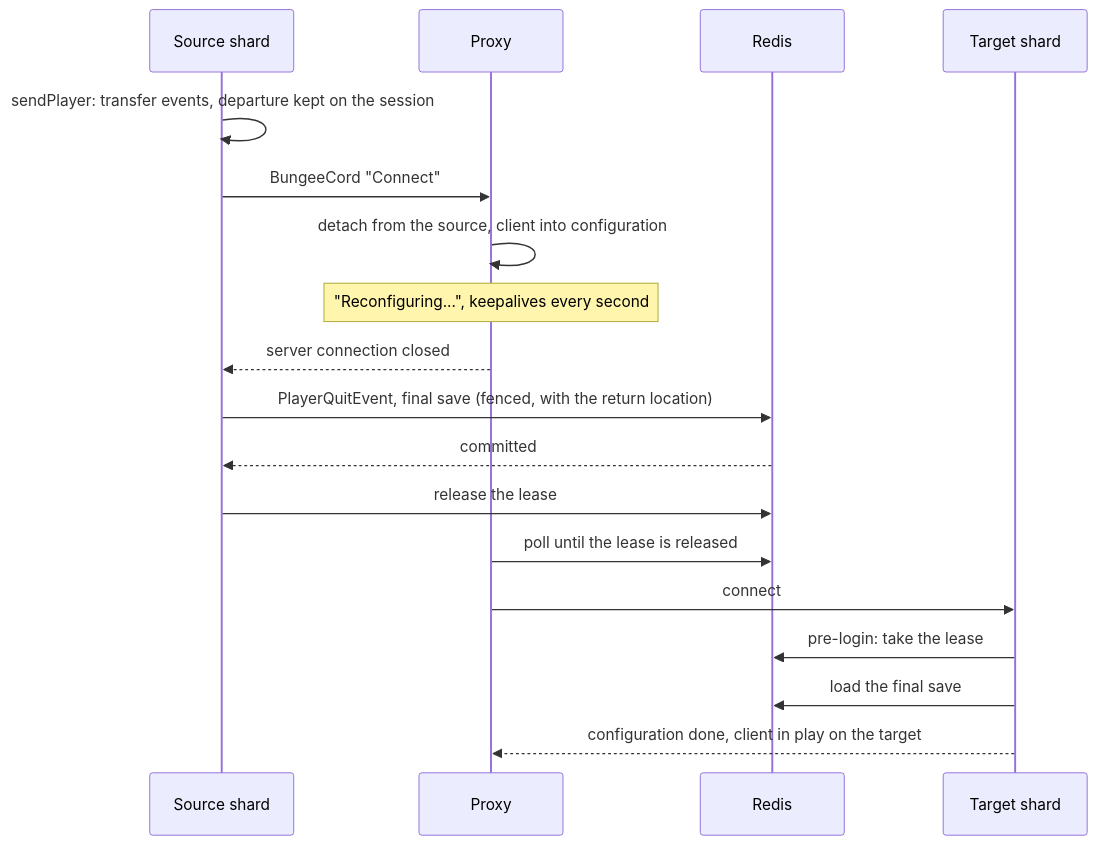
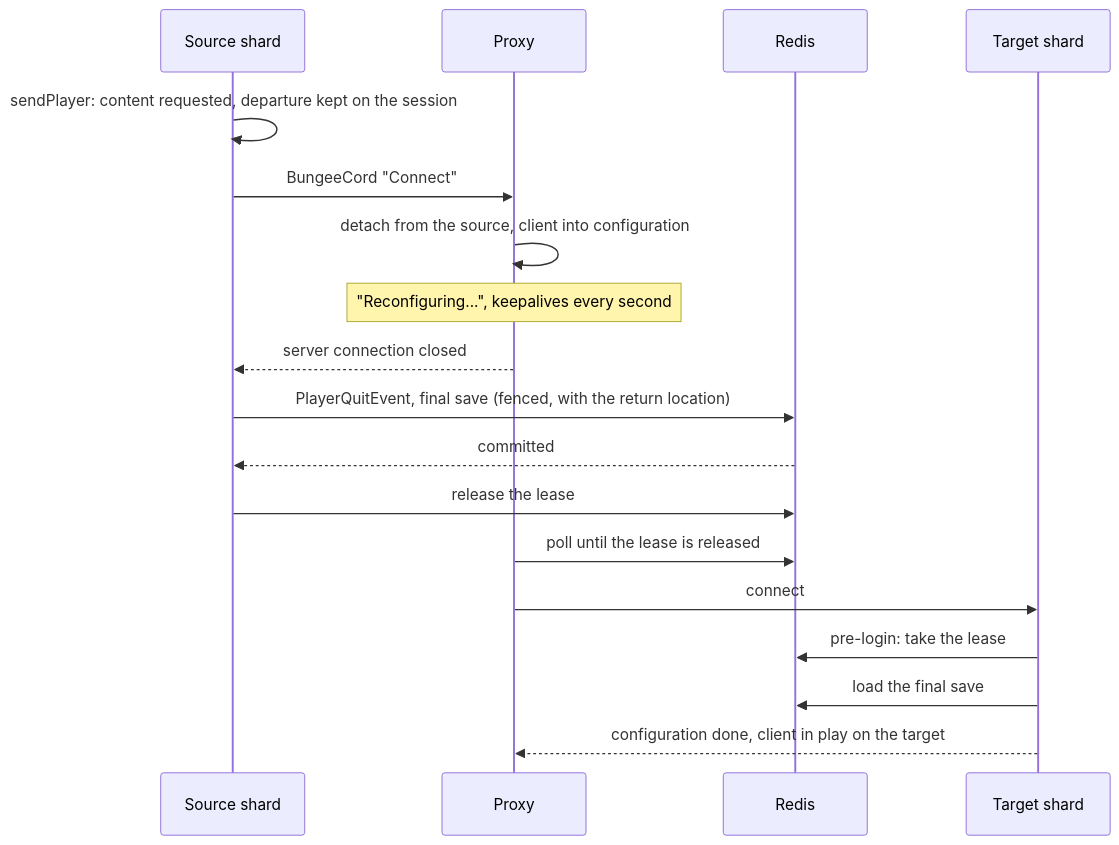
Before and after one commit to TeamMonumenta/monumenta-server-management: the fifth of 6 diagrams in redis-sync/ARCHITECTURE.md, drawn with Mermaid. The commit also changed other lines of this file and 22 other files, not shown here.

First line of the commit message:
Clean transfers: departures and session end replace transfer events

````diff
--- a/redis-sync/ARCHITECTURE.md
+++ b/redis-sync/ARCHITECTURE.md
@@ -294,20 +297,20 @@
 ```mermaid
 sequenceDiagram
     participant H as Source shard
     participant X as Proxy
     participant R as Redis
     participant T as Target shard
-    H->>H: sendPlayer: transfer events, departure kept on the session
+    H->>H: sendPlayer: content requested, departure kept on the session
     H->>X: BungeeCord "Connect"
     X->>X: detach from the source, client into configuration
     Note over X: "Reconfiguring...", keepalives every second
     X-->>H: server connection closed
     H->>R: PlayerQuitEvent, final save (fenced, with the return location)
     R-->>H: committed
     H->>R: release the lease
     X->>R: poll until the lease is released
     X->>T: connect
     T->>R: pre-login: take the lease
     T->>R: load the final save
     T-->>X: configuration done, client in play on the target
 ```
````
